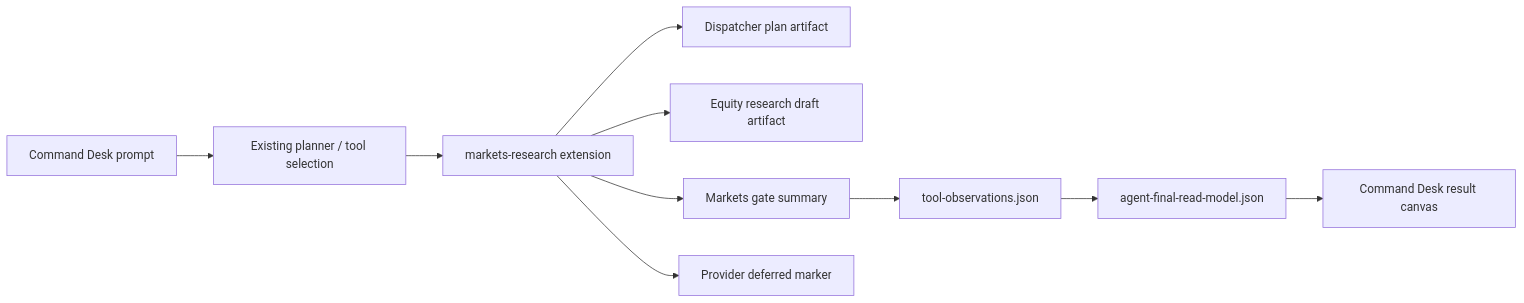
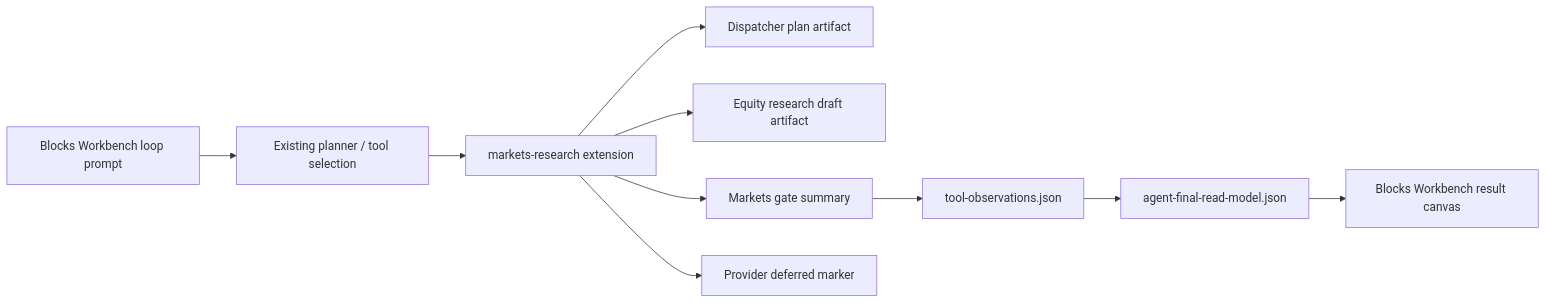
The diagram in wiki/architecture/2026-06-12-markets-research-capability-package-integration.md (turnsu/turnsu-workbench), drawn with Mermaid before and after one commit. The commit also changed other lines of this file and 47 other files, not shown here.

Commit message:
consolidate blocks workbench and agent runtime updates

````diff
--- a/wiki/architecture/2026-06-12-markets-research-capability-package-integration.md
+++ b/wiki/architecture/2026-06-12-markets-research-capability-package-integration.md
@@ -60,12 +60,12 @@
 ```mermaid
 flowchart LR
-  U["Command Desk prompt"] --> P["Existing planner / tool selection"]
+  U["Blocks Workbench loop prompt"] --> P["Existing planner / tool selection"]
   P --> E["markets-research extension"]
   E --> D["Dispatcher plan artifact"]
   E --> R["Equity research draft artifact"]
   E --> G["Markets gate summary"]
   E --> X["Provider deferred marker"]
   G --> O["tool-observations.json"]
   O --> F["agent-final-read-model.json"]
-  F --> UI["Command Desk result canvas"]
+  F --> UI["Blocks Workbench result canvas"]
 ```
````
